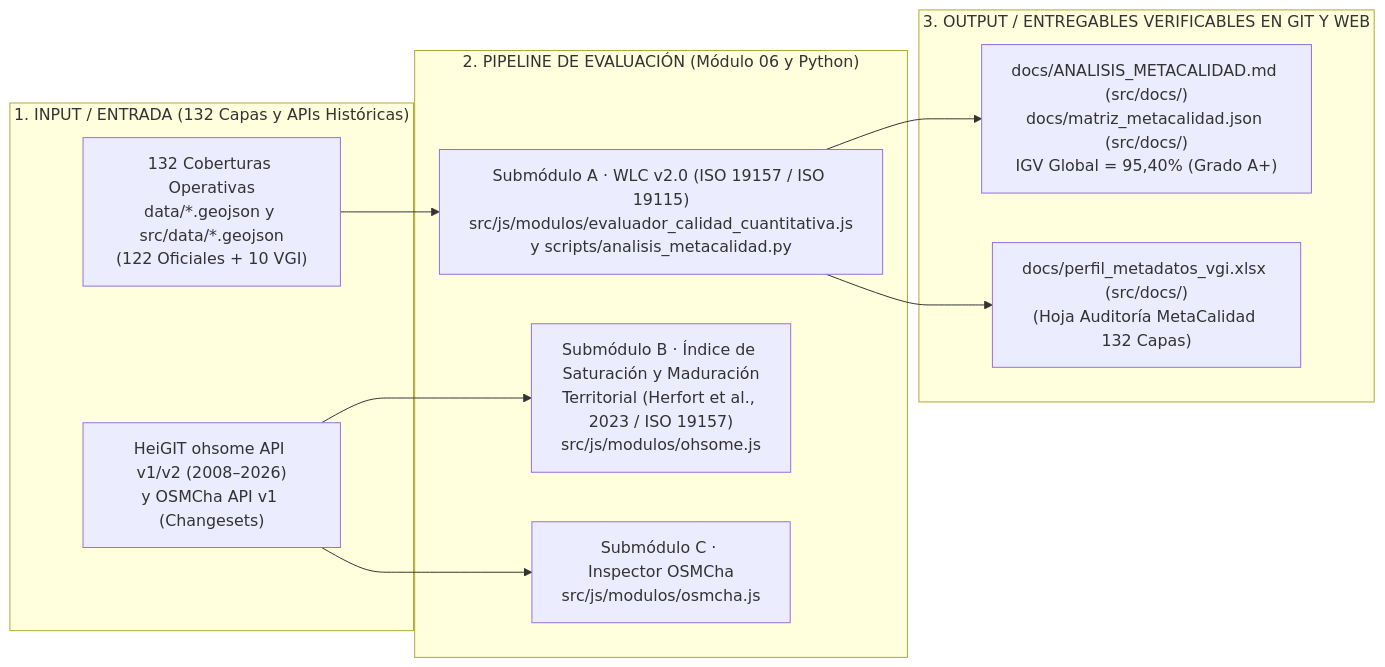
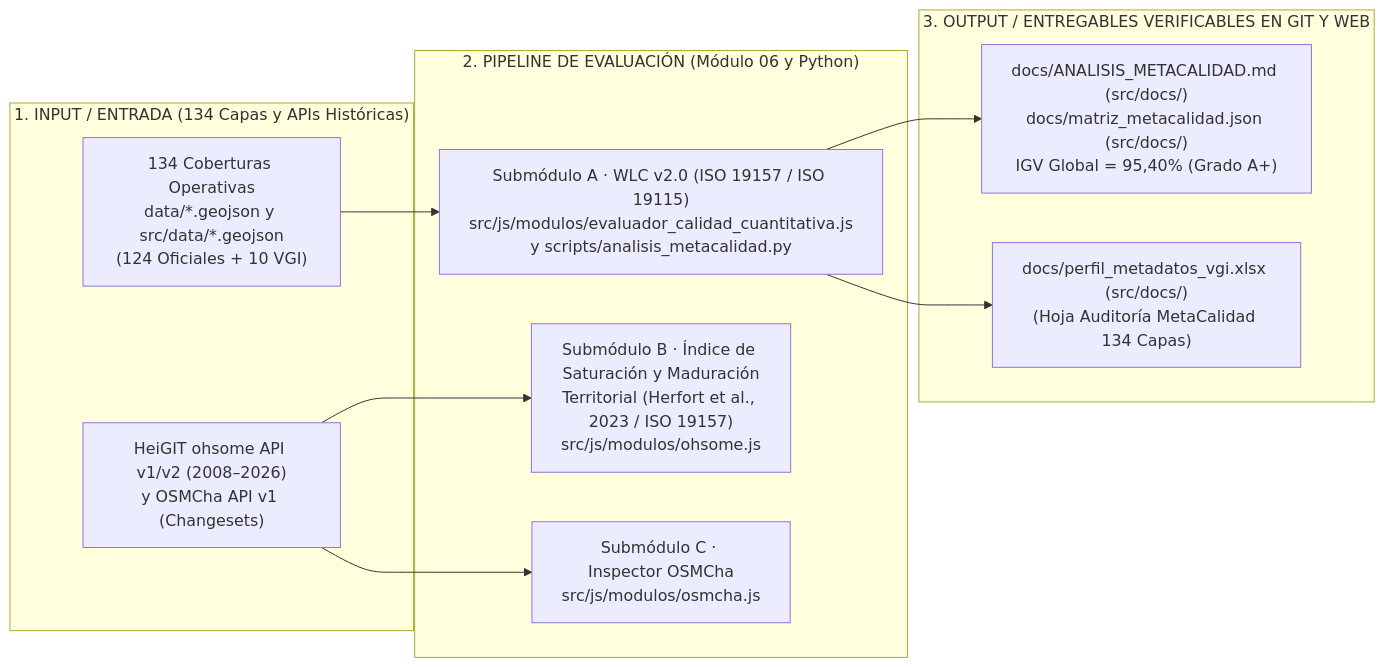
The second of 2 diagrams in docs/INFORME_PROYECTO_ATLAS_VGI.md (GEOJOTA/atlas_vgi_territorial), drawn with Mermaid before and after one commit. The commit also changed other lines of this file and 44 other files, not shown here.

Commit message:
docs: actualizar conteo universal a 134 capas cartograficas (124 oficiales + 10 VGI)

````diff
--- a/docs/INFORME_PROYECTO_ATLAS_VGI.md
+++ b/docs/INFORME_PROYECTO_ATLAS_VGI.md
@@ -149,21 +149,21 @@
 ```mermaid
 flowchart LR
-    subgraph IN["1. INPUT / ENTRADA (132 Capas y APIs Históricas)"]
-        I1["132 Coberturas Operativas<br/>data/*.geojson y src/data/*.geojson<br/>(122 Oficiales + 10 VGI)"]
+    subgraph IN["1. INPUT / ENTRADA (134 Capas y APIs Históricas)"]
+        I1["134 Coberturas Operativas<br/>data/*.geojson y src/data/*.geojson<br/>(124 Oficiales + 10 VGI)"]
         I2["HeiGIT ohsome API v1/v2 (2008–2026)<br/>y OSMCha API v1 (Changesets)"]
     end
 
     subgraph PROC["2. PIPELINE DE EVALUACIÓN (Módulo 06 y Python)"]
         P1["Submódulo A · WLC v2.0 (ISO 19157 / ISO 19115)<br/>src/js/modulos/evaluador_calidad_cuantitativa.js<br/>y scripts/analisis_metacalidad.py"]
         P2["Submódulo B · Índice de Saturación y Maduración<br/>Territorial (Herfort et al., 2023 / ISO 19157)<br/>src/js/modulos/ohsome.js"]
         P3["Submódulo C · Inspector OSMCha<br/>src/js/modulos/osmcha.js"]
     end
 
     subgraph OUT["3. OUTPUT / ENTREGABLES VERIFICABLES EN GIT Y WEB"]
         O1["docs/ANALISIS_METACALIDAD.md (src/docs/)<br/>docs/matriz_metacalidad.json (src/docs/)<br/>IGV Global = 95,40% (Grado A+)"]
-        O2["docs/perfil_metadatos_vgi.xlsx (src/docs/)<br/>(Hoja Auditoría MetaCalidad 132 Capas)"]
+        O2["docs/perfil_metadatos_vgi.xlsx (src/docs/)<br/>(Hoja Auditoría MetaCalidad 134 Capas)"]
     end
 
     I1 --> P1 --> O1 & O2
     I2 --> P2 & P3
 ```
````
